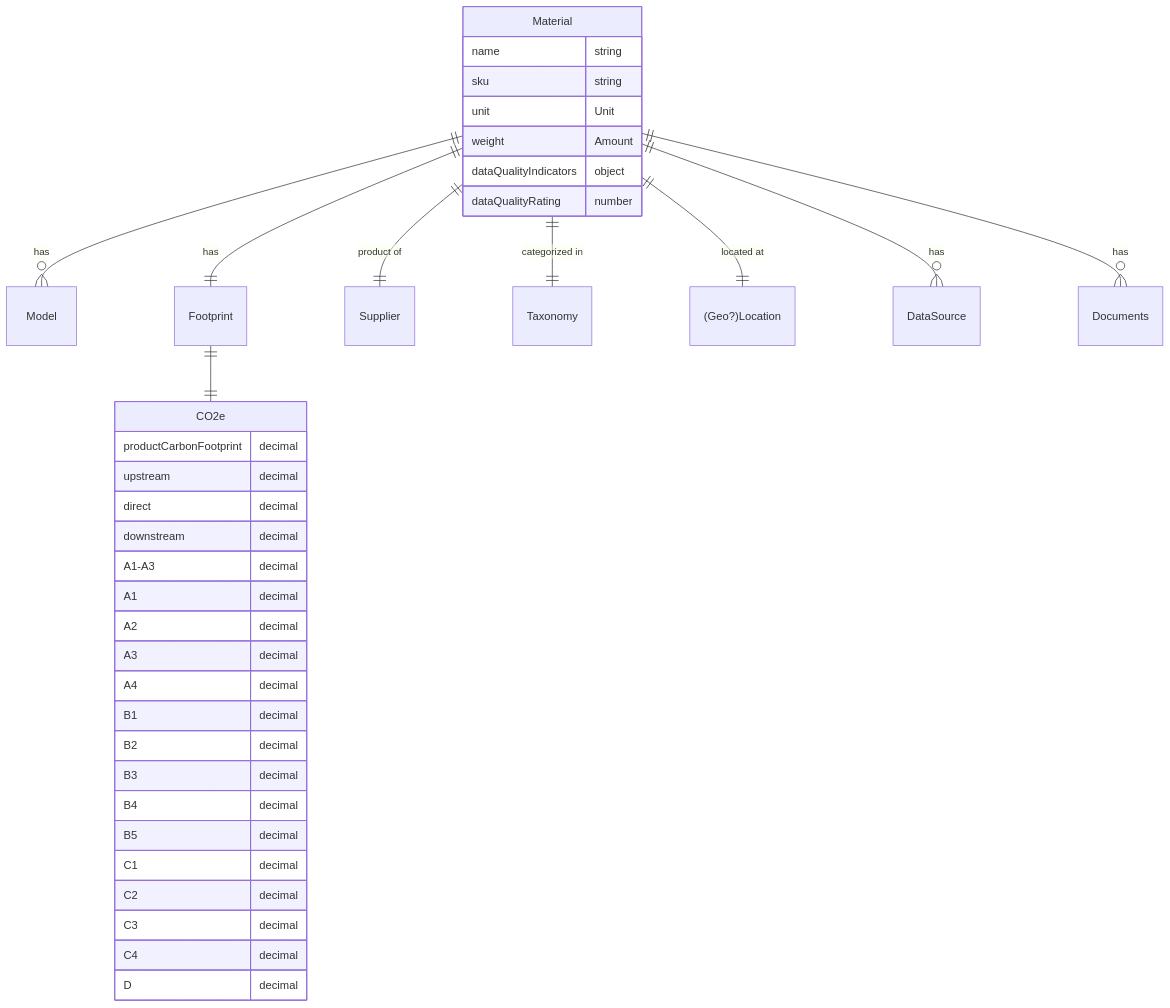
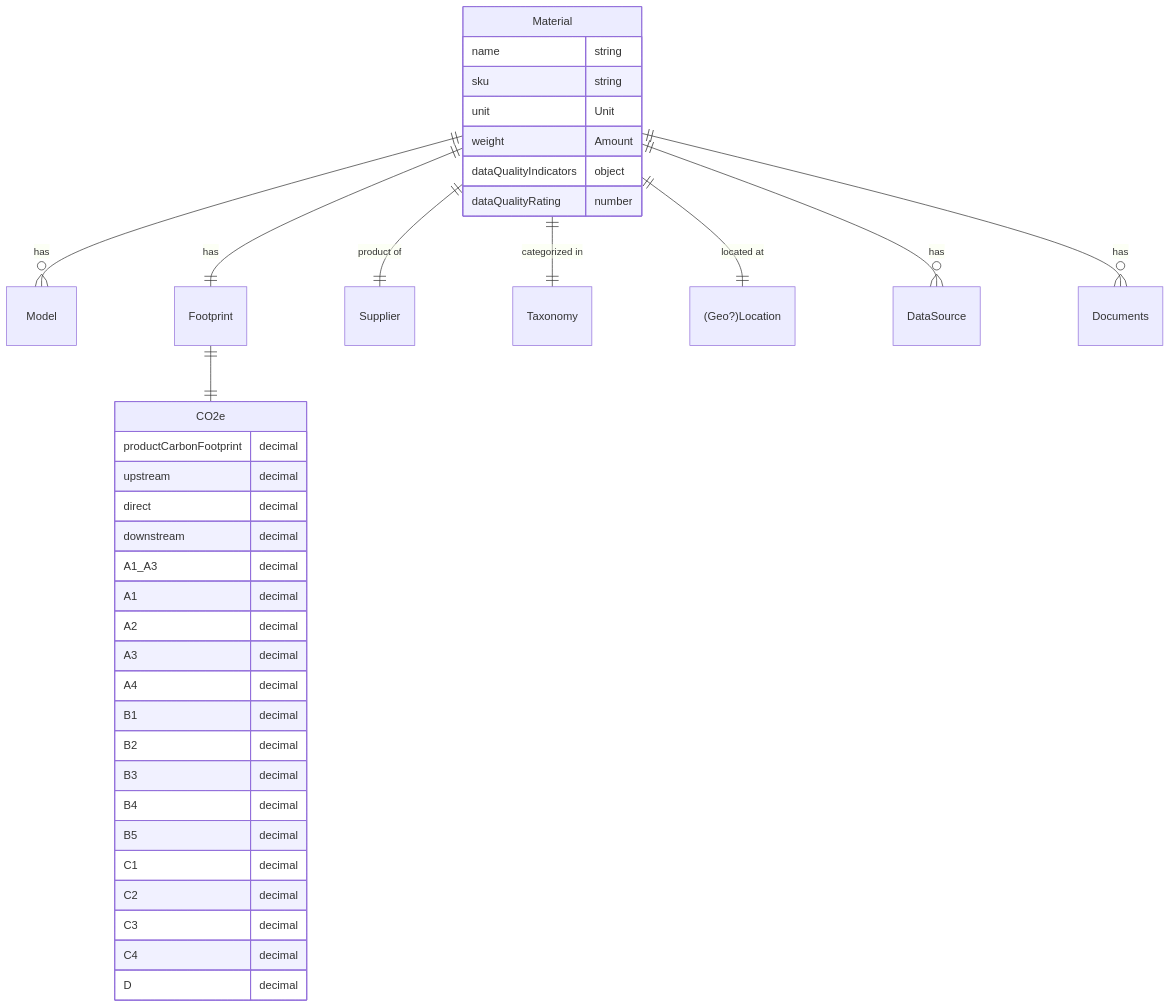
One commit to variable-co/api-documentation changed the diagram in docs/material.mdx. Above: the diagram before and after it, drawn with Mermaid. The commit also changed other lines of this file and 4 other files, not shown here.

````diff
--- a/docs/material.mdx
+++ b/docs/material.mdx
@@ -81,42 +81,42 @@
 ```mermaid
 erDiagram
     Material ||--o{ Model : "has"
     Footprint ||--|| CO2e : ""
     Material ||--|| Footprint : "has"
     Material ||--|| Supplier : "product of"
     Material ||--|| Taxonomy : "categorized in"
     Material ||--|| "(Geo?)Location" : "located at"
     Material ||--o{ DataSource : "has"
     Material ||--o{ Documents : "has"
 
     Material {
         name string
         sku string
         unit Unit
         weight Amount
         dataQualityIndicators object
         dataQualityRating number
     }
 
     CO2e {
         productCarbonFootprint decimal
         upstream decimal
         direct decimal
         downstream decimal
-        A1-A3 decimal
+        A1_A3 decimal
         A1 decimal
         A2 decimal
         A3 decimal
         A4 decimal
         B1 decimal
         B2 decimal
         B3 decimal
         B4 decimal
         B5 decimal
         C1 decimal
         C2 decimal
         C3 decimal
         C4 decimal
         D decimal
     }
 ```
````
